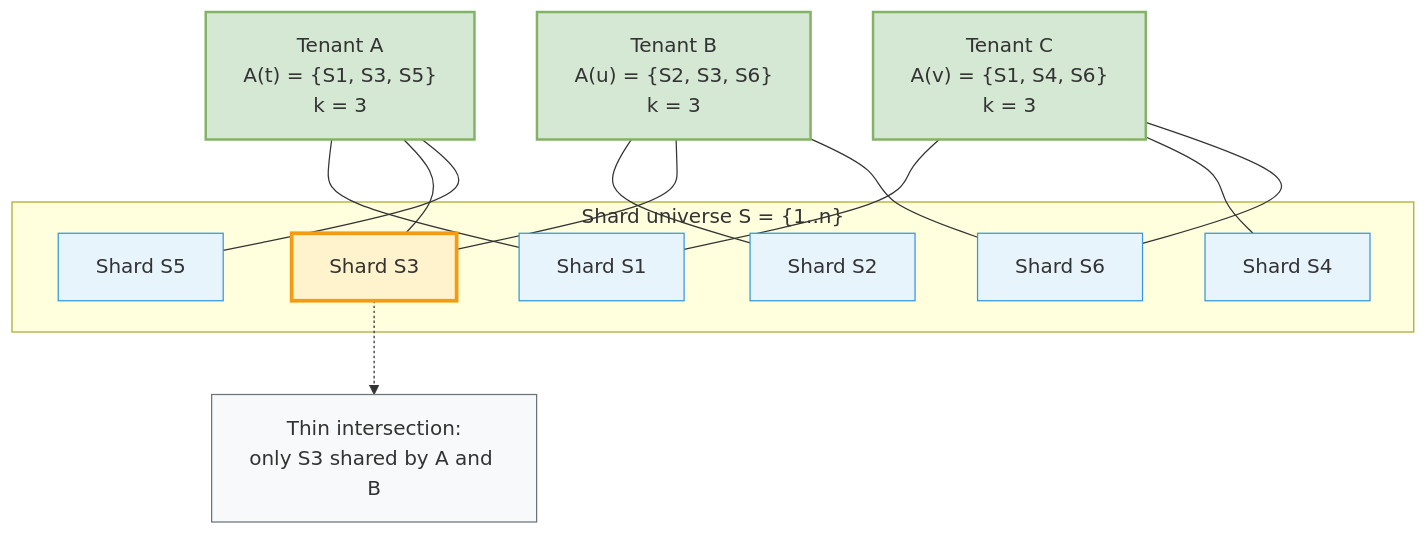
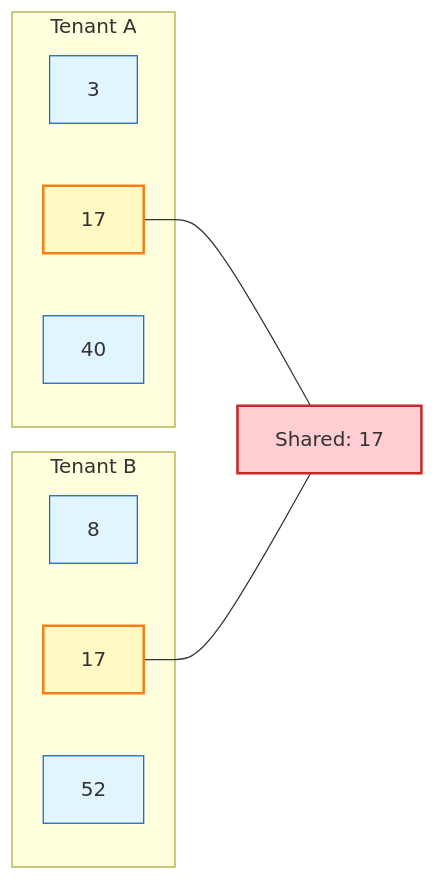
One commit to vaquarkhan/microservices-recipes-a-free-gitbook changed the diagram in assets/images/diagrams/shuffle-sharding-tenant-assignment.mmd. Above: the diagram before and after it, drawn with Mermaid. The commit also changed 151 other files, not shown here.

```diff
--- a/assets/images/diagrams/shuffle-sharding-tenant-assignment.mmd
+++ b/assets/images/diagrams/shuffle-sharding-tenant-assignment.mmd
@@ -1,37 +1,21 @@
-graph TB
-    subgraph ShardPool["Shard universe S = {1..n}"]
-        S1["Shard S1"]
-        S2["Shard S2"]
-        S3["Shard S3"]
-        S4["Shard S4"]
-        S5["Shard S5"]
-        S6["Shard S6"]
+graph LR
+    subgraph A["Tenant A"]
+        A3[3]
+        A17[17]
+        A40[40]
     end
+    subgraph B["Tenant B"]
+        B8[8]
+        B17[17]
+        B52[52]
+    end
+    A17 --- X[Shared: 17]
+    B17 --- X
 
-    T1["Tenant A<br/>A(t) = {S1, S3, S5}<br/>k = 3"]
-    T2["Tenant B<br/>A(u) = {S2, S3, S6}<br/>k = 3"]
-    T3["Tenant C<br/>A(v) = {S1, S4, S6}<br/>k = 3"]
-
-    T1 --- S1
-    T1 --- S3
-    T1 --- S5
-    T2 --- S2
-    T2 --- S3
-    T2 --- S6
-    T3 --- S1
-    T3 --- S4
-    T3 --- S6
-
-    Note["Thin intersection:<br/>only S3 shared by A and B"]
-    S3 -.-> Note
-
-    style S1 fill:#e8f4fc,stroke:#3498db
-    style S2 fill:#e8f4fc,stroke:#3498db
-    style S3 fill:#fff3cd,stroke:#f39c12,stroke-width:3px
-    style S4 fill:#e8f4fc,stroke:#3498db
-    style S5 fill:#e8f4fc,stroke:#3498db
-    style S6 fill:#e8f4fc,stroke:#3498db
-    style T1 fill:#d5e8d4,stroke:#82b366,stroke-width:2px
-    style T2 fill:#d5e8d4,stroke:#82b366,stroke-width:2px
-    style T3 fill:#d5e8d4,stroke:#82b366,stroke-width:2px
-    style Note fill:#f8f9fa,stroke:#6c757d
+    style A17 fill:#fff9c4,stroke:#f57f17,stroke-width:2px
+    style B17 fill:#fff9c4,stroke:#f57f17,stroke-width:2px
+    style X fill:#ffcdd2,stroke:#c62828,stroke-width:2px
+    style A3 fill:#e1f5ff,stroke:#1565c0
+    style A40 fill:#e1f5ff,stroke:#1565c0
+    style B8 fill:#e1f5ff,stroke:#1565c0
+    style B52 fill:#e1f5ff,stroke:#1565c0
```
